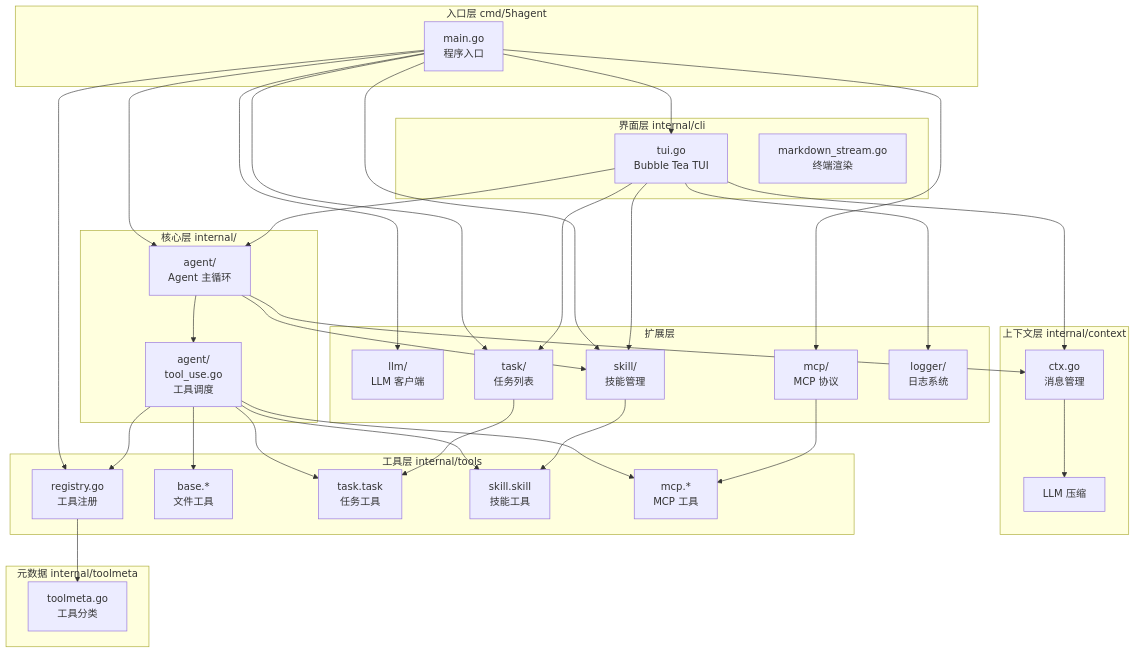
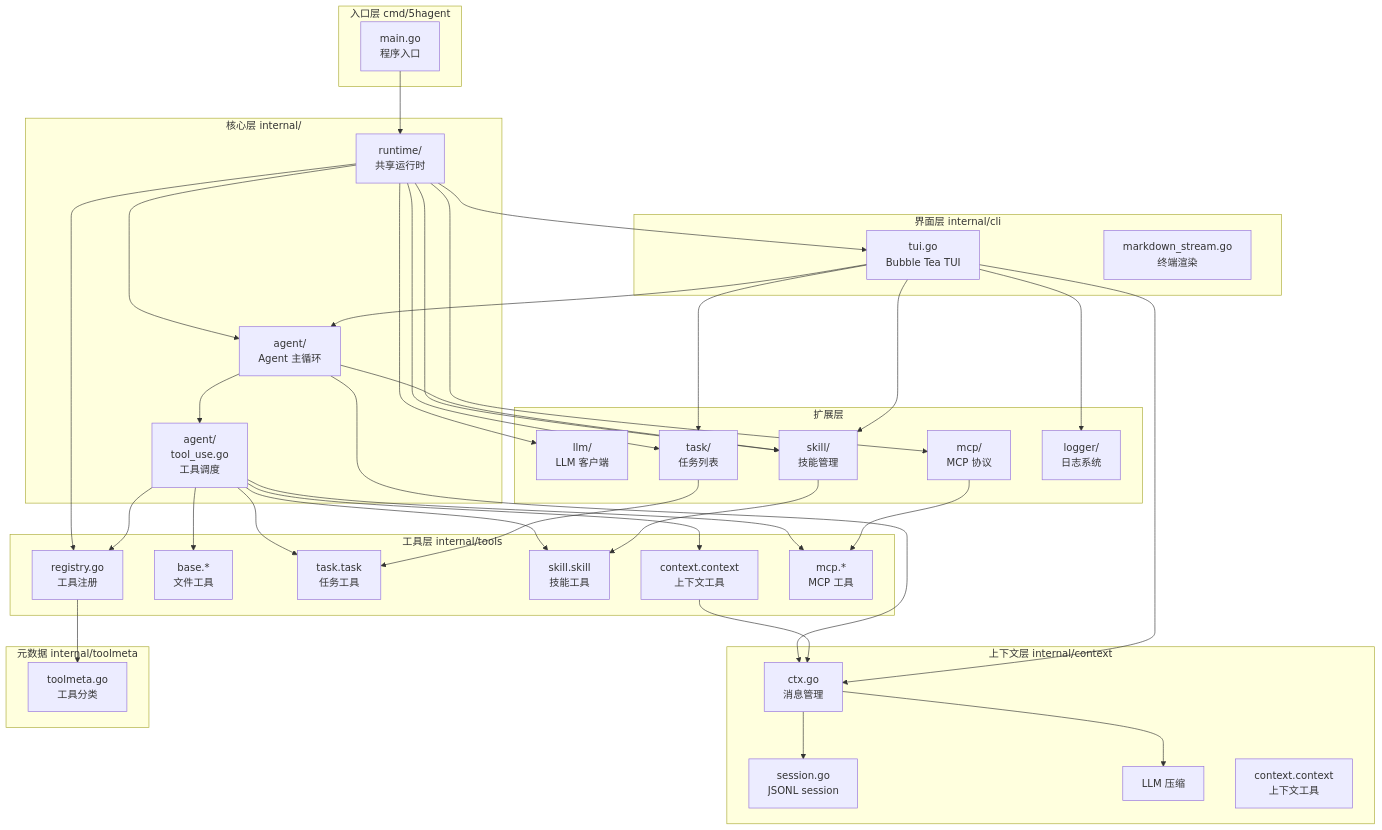
Before and after one commit to Ozqi/5hAgent: the first of 3 diagrams in doc/0README.md, drawn with Mermaid. The commit also changed other lines of this file and 50 other files, not shown here.

First line of the commit message:
feat(runtime): add headless context workflow

````diff
--- a/doc/0README.md
+++ b/doc/0README.md
@@ -7,72 +15,80 @@
 ```mermaid
 flowchart TB
     subgraph Entry["入口层 cmd/5hagent"]
         main["main.go<br/>程序入口"]
     end
 
     subgraph Core["核心层 internal/"]
+        runtime["runtime/<br/>共享运行时"]
         agent["agent/<br/>Agent 主循环"]
         tooluse["agent/<br/>tool_use.go<br/>工具调度"]
     end
 
     subgraph Context["上下文层 internal/context"]
         ctx["ctx.go<br/>消息管理"]
+        session["session.go<br/>JSONL session"]
         compress["LLM 压缩"]
+        ctxtool["context.context<br/>上下文工具"]
     end
 
     subgraph Tools["工具层 internal/tools"]
         registry["registry.go<br/>工具注册"]
         base["base.*<br/>文件工具"]
         task["task.task<br/>任务工具"]
         skill["skill.skill<br/>技能工具"]
+        context_tool["context.context<br/>上下文工具"]
         mcp["mcp.*<br/>MCP 工具"]
     end
 
     subgraph UI["界面层 internal/cli"]
         tui["tui.go<br/>Bubble Tea TUI"]
         markdown["markdown_stream.go<br/>终端渲染"]
     end
 
     subgraph Meta["元数据 internal/toolmeta"]
         tm["toolmeta.go<br/>工具分类"]
     end
 
     subgraph Ext["扩展层"]
         llm["llm/<br/>LLM 客户端"]
         skill_mgr["skill/<br/>技能管理"]
         task_mgr["task/<br/>任务列表"]
         mcp_client["mcp/<br/>MCP 协议"]
         logger["logger/<br/>日志系统"]
     end
 
-    main --> agent
-    main --> registry
-    main --> llm
-    main --> task_mgr
-    main --> skill_mgr
-    main --> mcp_client
-    main --> tui
+    main --> runtime
+    runtime --> agent
+    runtime --> registry
+    runtime --> llm
+    runtime --> task_mgr
+    runtime --> skill_mgr
+    runtime --> mcp_client
+    runtime --> tui
 
     agent --> ctx
     agent --> tooluse
     agent --> skill_mgr
 
     tooluse --> registry
     tooluse --> base
     tooluse --> task
     tooluse --> skill
+    tooluse --> context_tool
     tooluse --> mcp
 
     registry --> tm
 
     ctx --> compress
+    ctx --> session
+    context_tool --> ctx
     task_mgr --> task
     skill_mgr --> skill
     mcp_client --> mcp
 
     tui --> agent
     tui --> ctx
     tui --> task_mgr
     tui --> skill_mgr
     tui --> logger
 ```
````
